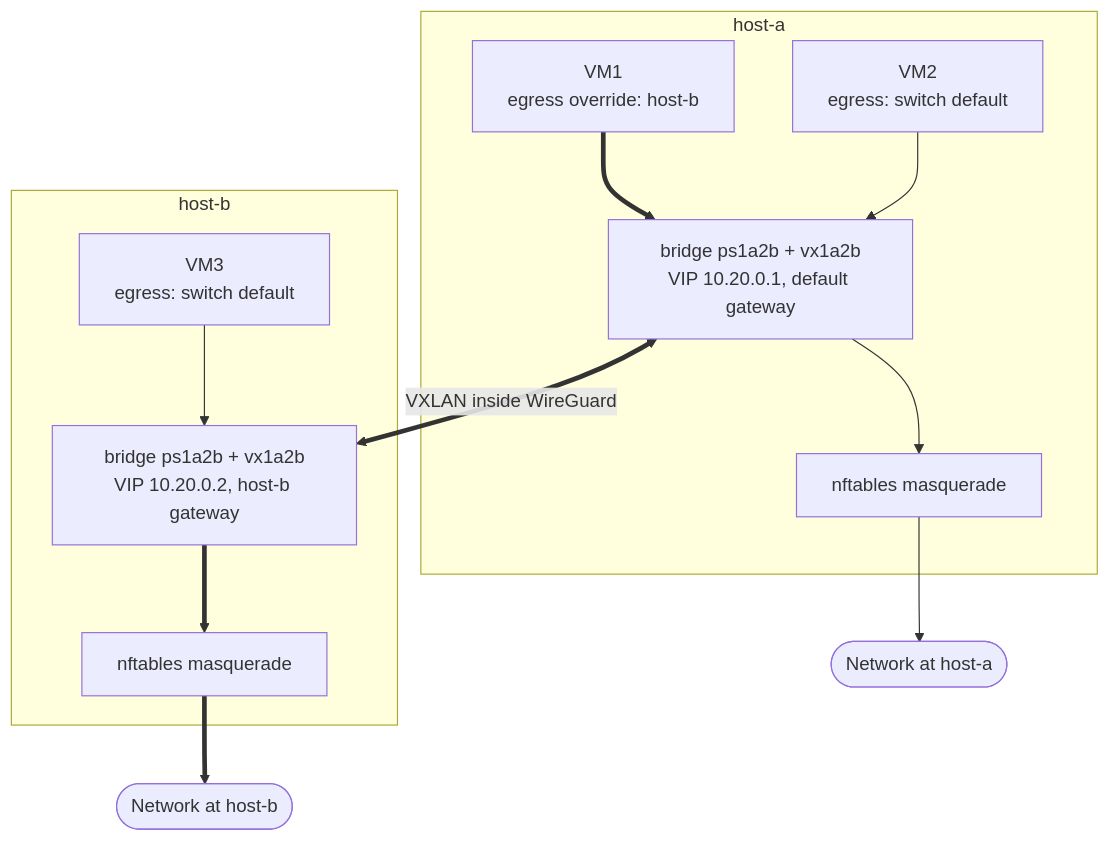
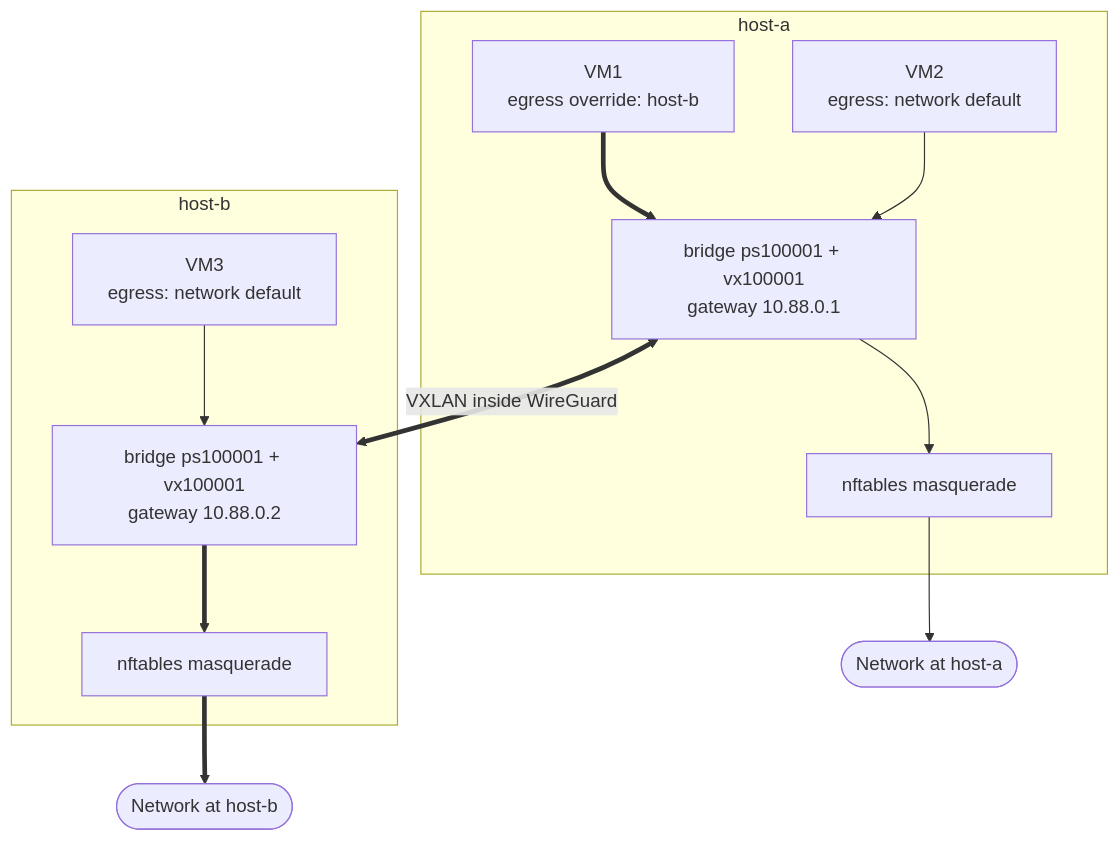
One commit to brenfwd/prism changed the eighth of 10 diagrams in docs/DESIGN.md. Above: the diagram before and after it, drawn with Mermaid. The commit also changed other lines of this file and 2 other files, not shown here.

````diff
--- a/docs/DESIGN.md
+++ b/docs/DESIGN.md
@@ -1050,25 +910,25 @@
 ```mermaid
 flowchart TB
     subgraph HA["host-a"]
         vm1["VM1<br/>egress override: host-b"]
-        vm2["VM2<br/>egress: switch default"]
-        bra["bridge ps1a2b + vx1a2b<br/>VIP 10.20.0.1, default gateway"]
+        vm2["VM2<br/>egress: network default"]
+        bra["bridge ps100001 + vx100001<br/>gateway 10.88.0.1"]
         nata["nftables masquerade"]
     end
     subgraph HB["host-b"]
-        vm3["VM3<br/>egress: switch default"]
-        brb["bridge ps1a2b + vx1a2b<br/>VIP 10.20.0.2, host-b gateway"]
+        vm3["VM3<br/>egress: network default"]
+        brb["bridge ps100001 + vx100001<br/>gateway 10.88.0.2"]
         natb["nftables masquerade"]
     end
     upa(["Network at host-a"])
     upb(["Network at host-b"])
     vm1 --> bra
     vm2 --> bra
     bra --> nata
     vm3 --> brb
     brb --> natb
     nata --> upa
     natb --> upb
     bra <-->|"VXLAN inside WireGuard"| brb
     linkStyle 0,4,6,7 stroke-width:4px
 ```
````
